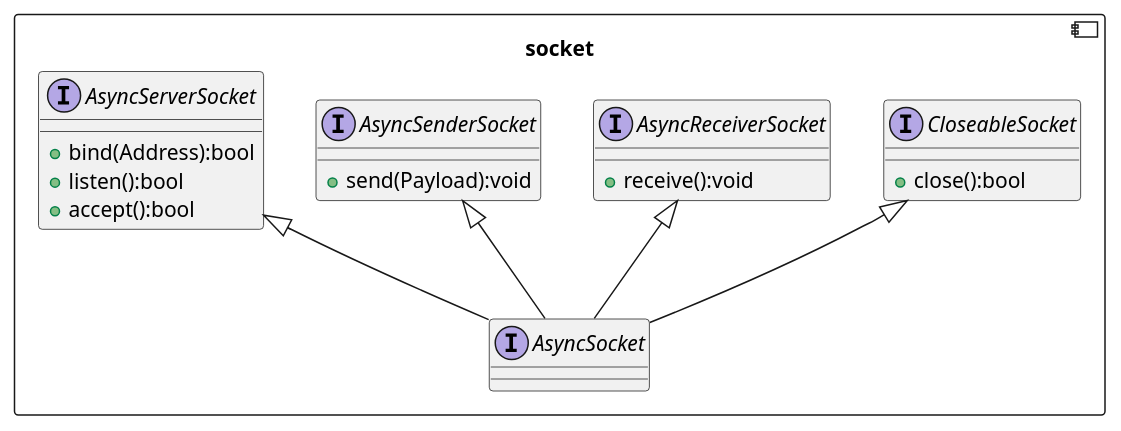
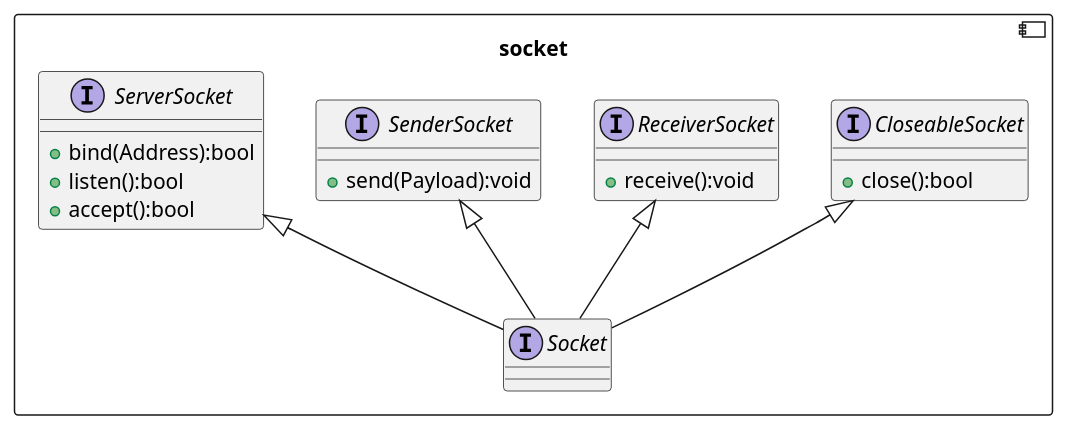
The diagram in packages/communication/network/socket/docs/module_design.plantuml (HoneycombSystem/honeybadger), drawn with PlantUML before and after one commit. The commit also changed 65 other files, not shown here.

```diff
--- a/packages/communication/network/socket/docs/module_design.plantuml
+++ b/packages/communication/network/socket/docs/module_design.plantuml
@@ -1,25 +1,25 @@
 @startuml sokcet module desing
 
 component socket {
     interface CloseableSocket{
         +close():bool
     }
 
-    interface AsyncReceiverSocket{
+    interface ReceiverSocket{
         +receive():void
     }
 
-    interface AsyncSenderSocket{
+    interface SenderSocket{
         +send(Payload):void
     }
 
-    interface AsyncServerSocket{
+    interface ServerSocket{
         +bind(Address):bool
         +listen():bool
         +accept():bool
     }
 
-    interface AsyncSocket extends CloseableSocket, AsyncServerSocket, AsyncSenderSocket, AsyncReceiverSocket
+    interface Socket extends CloseableSocket, ServerSocket, SenderSocket, ReceiverSocket
 }
 
 @endstartuml
```
